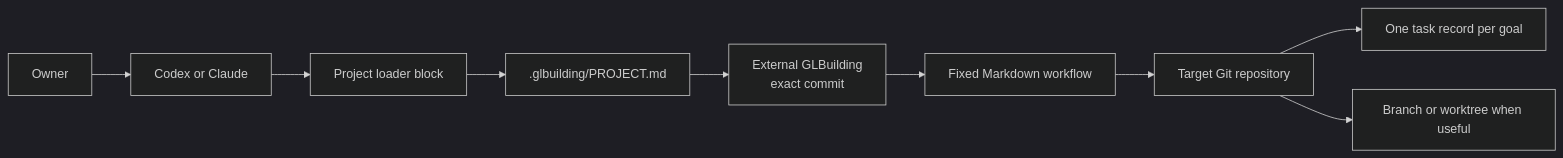
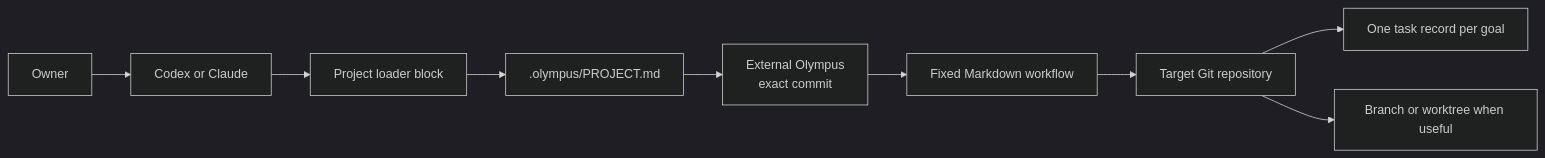
One commit to divyekant/Olympus changed the second of 4 diagrams in docs/WHITEPAPER.md. Above: the diagram before and after it, drawn with Mermaid (dark theme). The commit also changed other lines of this file and 17 other files, not shown here.

````diff
--- a/docs/WHITEPAPER.md
+++ b/docs/WHITEPAPER.md
@@ -67,11 +67,11 @@
 ```mermaid
 flowchart LR
     Owner --> Host[Codex or Claude]
     Host --> Loader[Project loader block]
-    Loader --> Project[.glbuilding/PROJECT.md]
-    Project --> Pack[External GLBuilding<br/>exact commit]
+    Loader --> Project[.olympus/PROJECT.md]
+    Project --> Pack[External Olympus<br/>exact commit]
     Pack --> Flow[Fixed Markdown workflow]
     Flow --> Repo[Target Git repository]
     Repo --> Tasks[One task record per goal]
     Repo --> Trees[Branch or worktree when useful]
 ```
````
